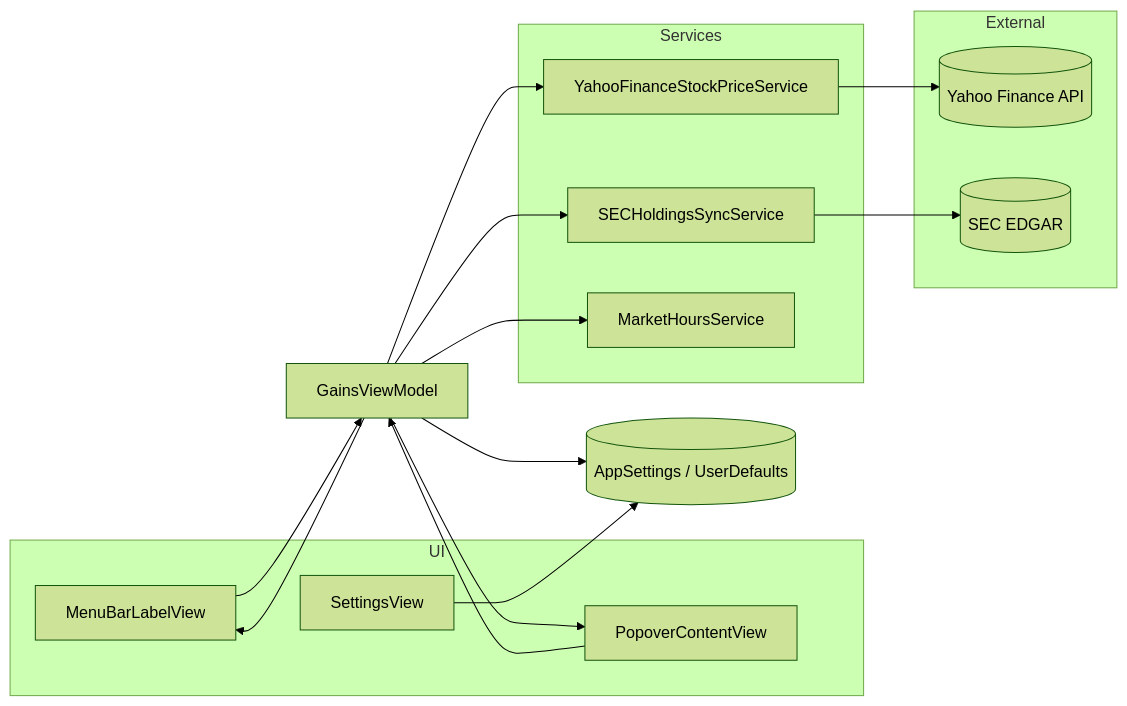
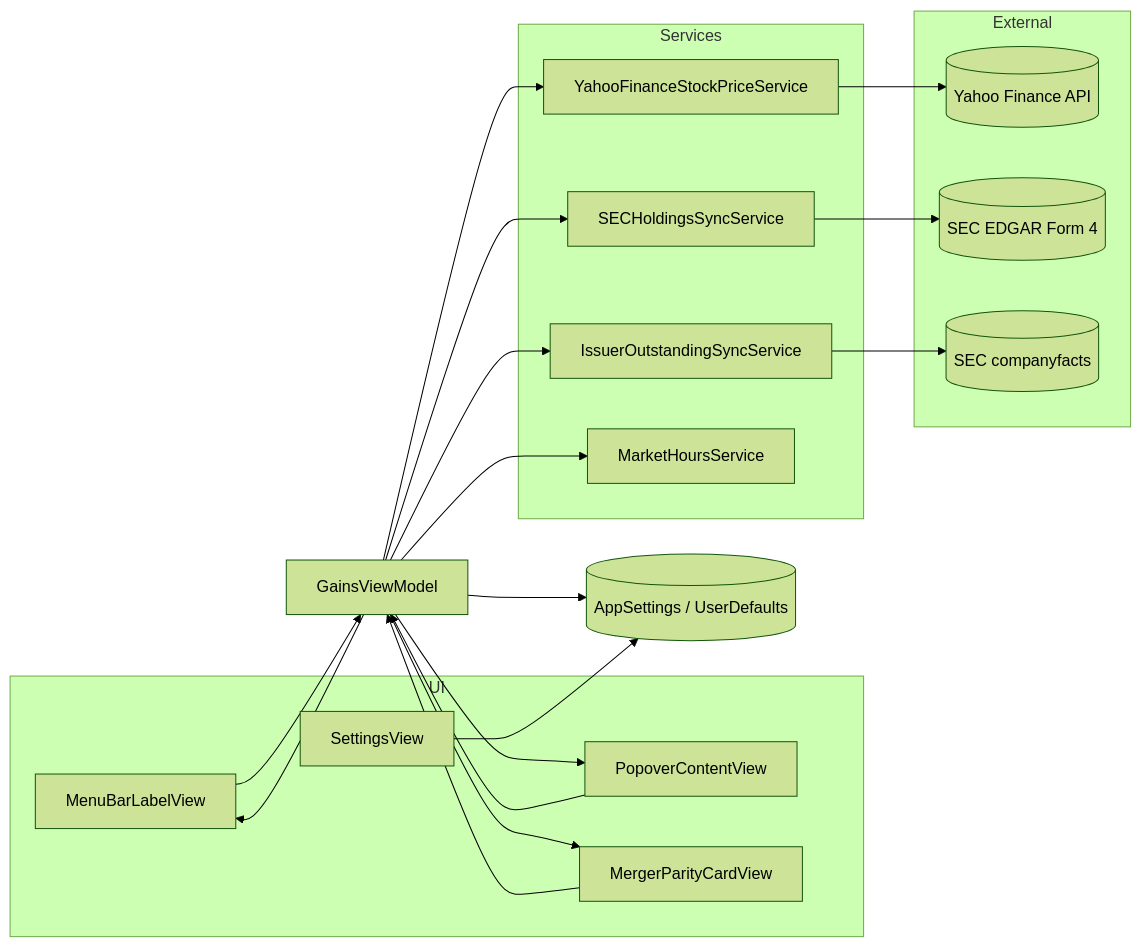
One commit to jlgolson/muskometer changed the diagram in docs/ARCHITECTURE.md. Above: the diagram before and after it, drawn with Mermaid (forest theme). The commit also changed other lines of this file and 8 other files, not shown here.

````diff
--- a/docs/ARCHITECTURE.md
+++ b/docs/ARCHITECTURE.md
@@ -43,38 +58,45 @@
 ```mermaid
 flowchart LR
     subgraph UI
         MB[MenuBarLabelView]
         POP[PopoverContentView]
         SET[SettingsView]
+        MPC[MergerParityCardView]
     end
 
     VM[GainsViewModel]
 
     subgraph Services
         YF[YahooFinanceStockPriceService]
         SEC[SECHoldingsSyncService]
+        OUT[IssuerOutstandingSyncService]
         MH[MarketHoursService]
     end
 
     subgraph External
         Yahoo[(Yahoo Finance API)]
-        EDGAR[(SEC EDGAR)]
+        EDGAR[(SEC EDGAR Form 4)]
+        CF[(SEC companyfacts)]
     end
 
     AS[(AppSettings / UserDefaults)]
 
     MB --> VM
     POP --> VM
+    MPC --> VM
     SET --> AS
     VM --> AS
 
     VM --> YF
     VM --> SEC
+    VM --> OUT
     VM --> MH
 
     YF --> Yahoo
     SEC --> EDGAR
+    OUT --> CF
 
     VM --> MB
     VM --> POP
+    VM --> MPC
 ```
````
